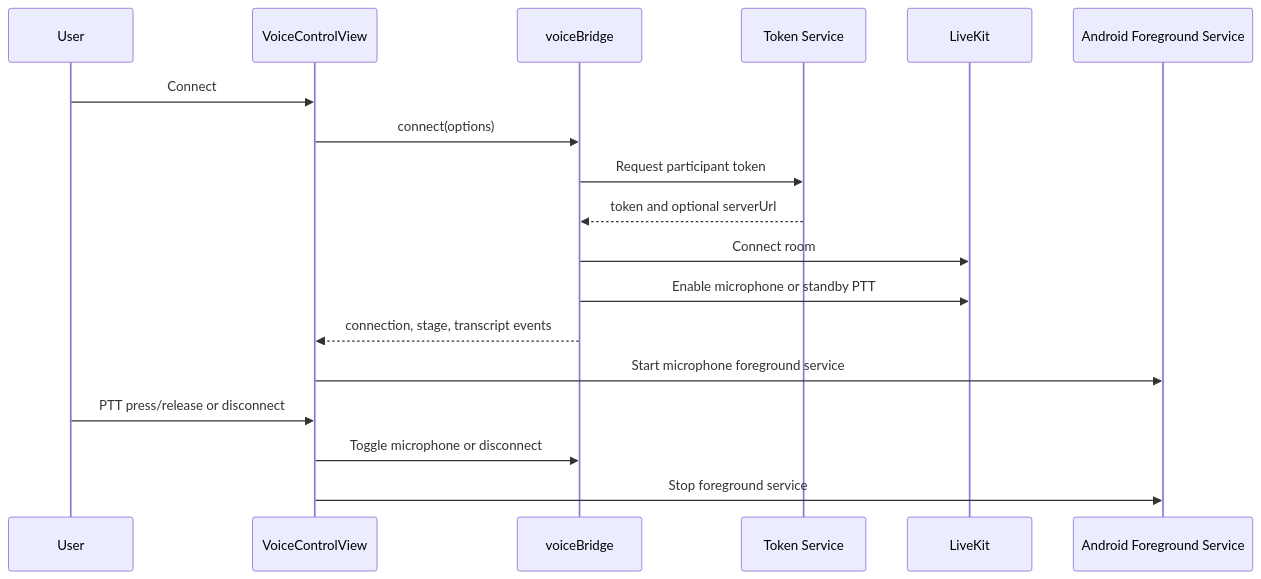
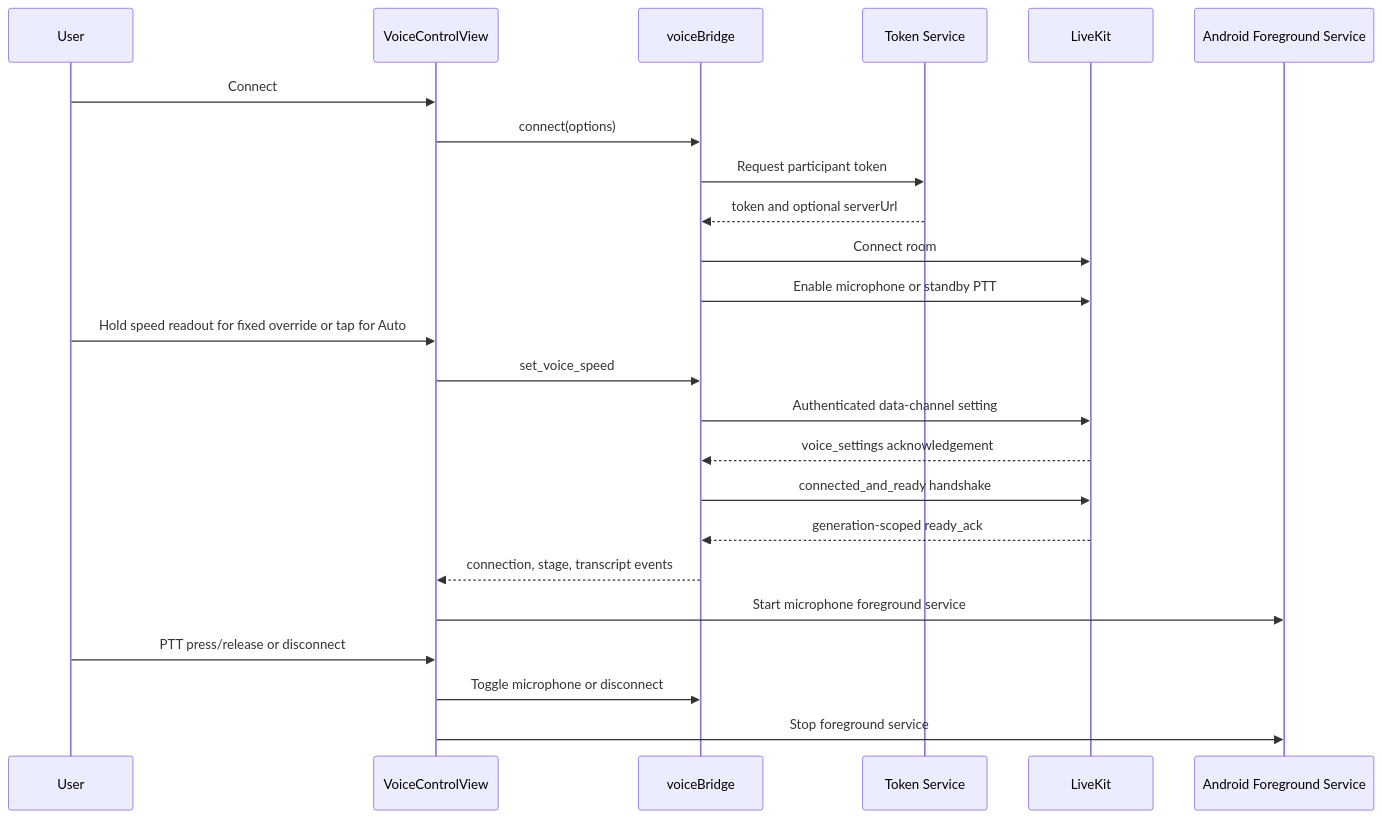
One commit to Difaroo/SAMANTHA_APP changed the third of 3 diagrams in Documents/SAMANTHA_APP_ARCHITECTURE.md. Above: the diagram before and after it, drawn with Mermaid. The commit also changed other lines of this file and 88 other files, not shown here.

````diff
--- a/Documents/SAMANTHA_APP_ARCHITECTURE.md
+++ b/Documents/SAMANTHA_APP_ARCHITECTURE.md
@@ -632,21 +644,27 @@
 ```mermaid
 sequenceDiagram
     participant U as User
     participant V as VoiceControlView
     participant B as voiceBridge
     participant T as Token Service
     participant L as LiveKit
     participant F as Android Foreground Service
 
     U->>V: Connect
     V->>B: connect(options)
     B->>T: Request participant token
     T-->>B: token and optional serverUrl
     B->>L: Connect room
     B->>L: Enable microphone or standby PTT
+    U->>V: Hold speed readout for fixed override or tap for Auto
+    V->>B: set_voice_speed
+    B->>L: Authenticated data-channel setting
+    L-->>B: voice_settings acknowledgement
+    B->>L: connected_and_ready handshake
+    L-->>B: generation-scoped ready_ack
     B-->>V: connection, stage, transcript events
     V->>F: Start microphone foreground service
     U->>V: PTT press/release or disconnect
     V->>B: Toggle microphone or disconnect
     V->>F: Stop foreground service
 ```
````
